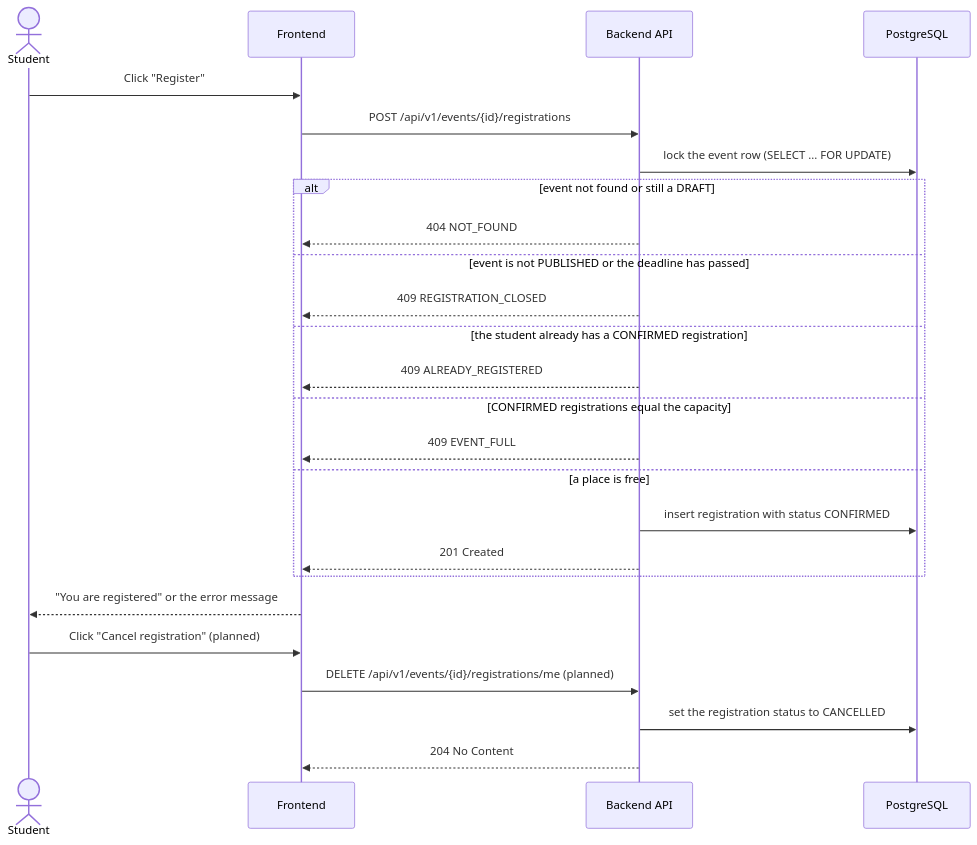
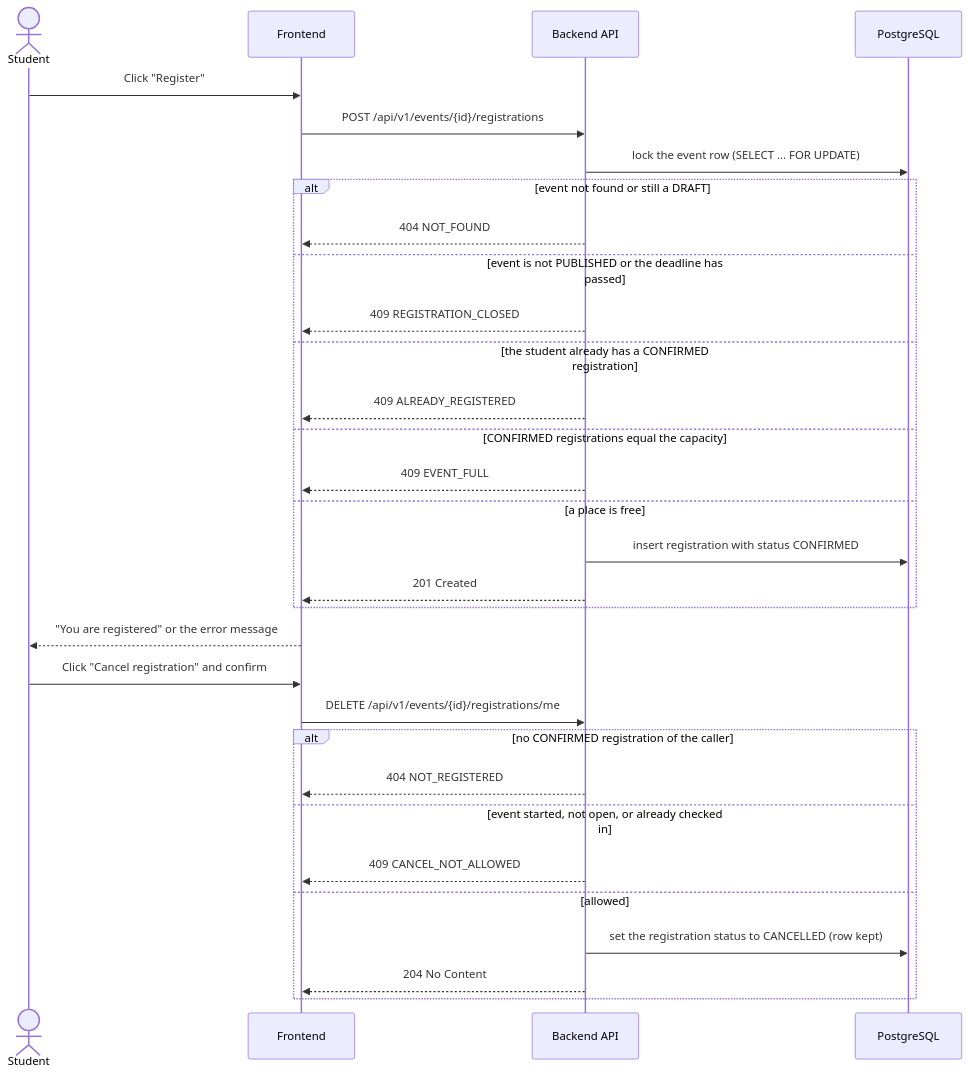
The fifth of 5 diagrams in docs/midterm/05-workflows.md (PatriciuMina/GenAI-Project), drawn with Mermaid before and after one commit. The commit also changed other lines of this file and 1 other file, not shown here.

First line of the commit message:
docs: workflow W4 participant registration (T-86)

````diff
--- a/docs/midterm/05-workflows.md
+++ b/docs/midterm/05-workflows.md
@@ -315,27 +315,33 @@
 ```mermaid
 sequenceDiagram
     actor S as Student
     participant FE as Frontend
     participant API as Backend API
     participant DB as PostgreSQL
     S->>FE: Click "Register"
     FE->>API: POST /api/v1/events/{id}/registrations
     API->>DB: lock the event row (SELECT ... FOR UPDATE)
     alt event not found or still a DRAFT
         API-->>FE: 404 NOT_FOUND
     else event is not PUBLISHED or the deadline has passed
         API-->>FE: 409 REGISTRATION_CLOSED
     else the student already has a CONFIRMED registration
         API-->>FE: 409 ALREADY_REGISTERED
     else CONFIRMED registrations equal the capacity
         API-->>FE: 409 EVENT_FULL
     else a place is free
         API->>DB: insert registration with status CONFIRMED
         API-->>FE: 201 Created
     end
     FE-->>S: "You are registered" or the error message
-    S->>FE: Click "Cancel registration" (planned)
-    FE->>API: DELETE /api/v1/events/{id}/registrations/me (planned)
-    API->>DB: set the registration status to CANCELLED
-    API-->>FE: 204 No Content
+    S->>FE: Click "Cancel registration" and confirm
+    FE->>API: DELETE /api/v1/events/{id}/registrations/me
+    alt no CONFIRMED registration of the caller
+        API-->>FE: 404 NOT_REGISTERED
+    else event started, not open, or already checked in
+        API-->>FE: 409 CANCEL_NOT_ALLOWED
+    else allowed
+        API->>DB: set the registration status to CANCELLED (row kept)
+        API-->>FE: 204 No Content
+    end
 ```
````
